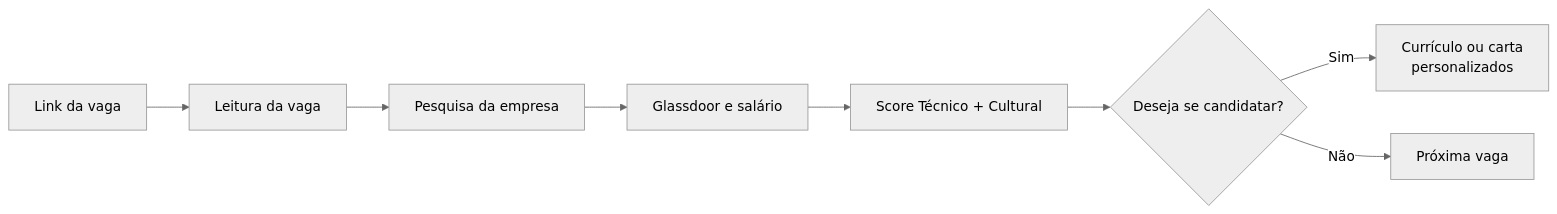
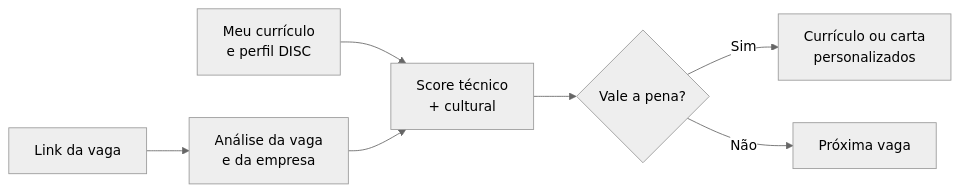
One commit to Maryvictor/assistente-carreira-ia changed the diagram in README.md. Above: the diagram before and after it, drawn with Mermaid (neutral theme). The commit also changed other lines of this file, not shown here.

First line of the commit message:
Revise job application flowchart in README

````diff
--- a/README.md
+++ b/README.md
@@ -13,10 +14,9 @@
 ```mermaid
 flowchart LR
-    A[Link da vaga] --> B[Leitura da vaga]
-    B --> C[Pesquisa da empresa]
-    C --> D[Glassdoor e salário]
-    D --> E[Score Técnico + Cultural]
-    E --> F{Deseja se candidatar?}
-    F -- Sim --> G[Currículo ou carta<br/>personalizados]
-    F -- Não --> H[Próxima vaga]
+    A[Link da vaga] --> B[Análise da vaga<br/>e da empresa]
+    P[Meu currículo<br/>e perfil DISC] --> C
+    B --> C[Score técnico<br/>+ cultural]
+    C --> D{Vale a pena?}
+    D -- Sim --> E[Currículo ou carta<br/>personalizados]
+    D -- Não --> F[Próxima vaga]
 ```
````
